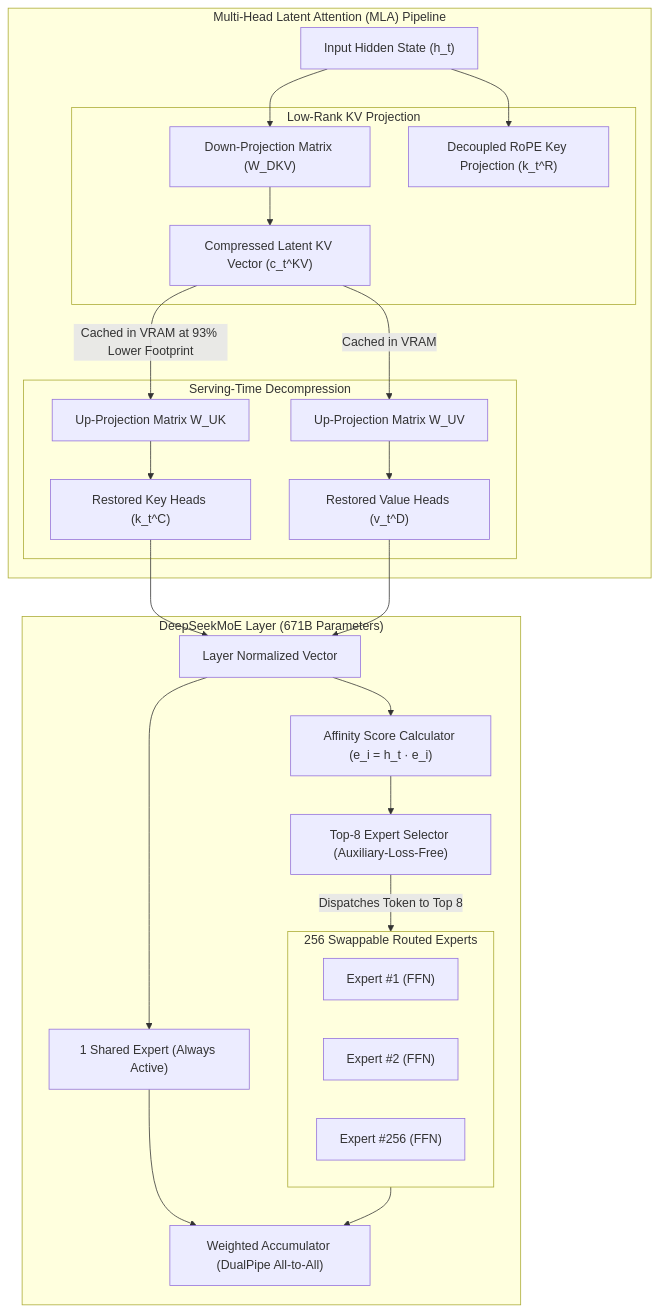
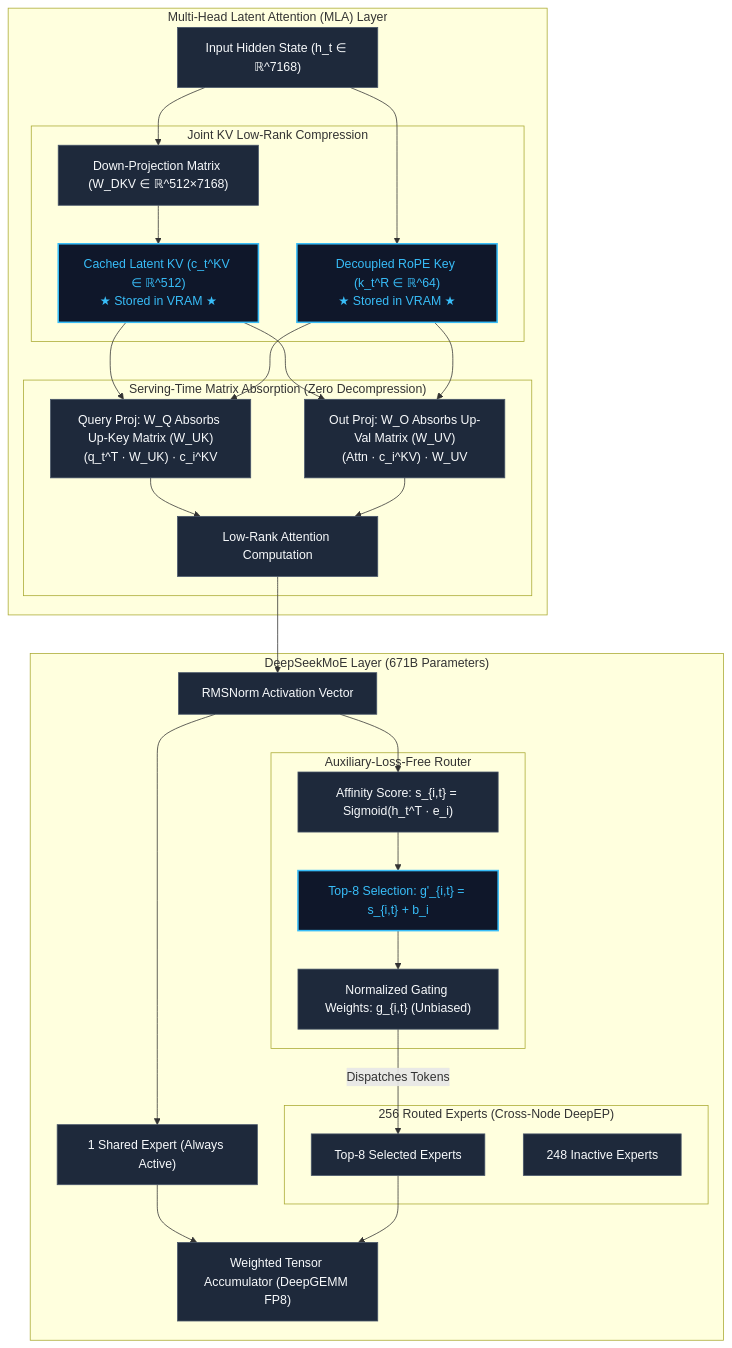
Before and after one commit to saurabh-vision/how-ai-companies-scale: the diagram in ai-architectures/deepseek-moe-mla-serving.md, drawn with Mermaid. The commit also changed other lines of this file and 13 other files, not shown here.

````diff
--- a/ai-architectures/deepseek-moe-mla-serving.md
+++ b/ai-architectures/deepseek-moe-mla-serving.md
@@ -25,51 +65,51 @@
 ```mermaid
 flowchart TD
-    subgraph AttentionBlock["Multi-Head Latent Attention (MLA) Pipeline"]
-        InputHidden["Input Hidden State (h_t)"]
+    subgraph AttentionLayer["Multi-Head Latent Attention (MLA) Layer"]
+        HiddenIn["Input Hidden State (h_t ∈ ℝ^7168)"]
         
-        subgraph CompressionDown["Low-Rank KV Projection"]
-            DownProj["Down-Projection Matrix (W_DKV)"]
-            CompressedLatent["Compressed Latent KV Vector (c_t^KV)"]
-            DecoupledRoPE["Decoupled RoPE Key Projection (k_t^R)"]
+        subgraph CompressionDown["Joint KV Low-Rank Compression"]
+            W_DKV["Down-Projection Matrix (W_DKV ∈ ℝ^512×7168)"]
+            CompressedLatent["Cached Latent KV (c_t^KV ∈ ℝ^512)\n★ Stored in VRAM ★"]
+            DecoupledRoPE["Decoupled RoPE Key (k_t^R ∈ ℝ^64)\n★ Stored in VRAM ★"]
         end
 
-        subgraph UpProjection["Serving-Time Decompression"]
-            UpProjKey["Up-Projection Matrix W_UK"]
-            UpProjVal["Up-Projection Matrix W_UV"]
-            FullKeys["Restored Key Heads (k_t^C)"]
-            FullValues["Restored Value Heads (v_t^D)"]
+        subgraph AbsorptionMath["Serving-Time Matrix Absorption (Zero Decompression)"]
+            Q_Proj["Query Proj: W_Q Absorbs Up-Key Matrix (W_UK)\n(q_t^T · W_UK) · c_i^KV"]
+            O_Proj["Out Proj: W_O Absorbs Up-Val Matrix (W_UV)\n(Attn · c_i^KV) · W_UV"]
+            AttnScore["Low-Rank Attention Computation"]
         end
     end
 
-    subgraph MoERouterBlock["DeepSeekMoE Layer (671B Parameters)"]
-        NormState["Layer Normalized Vector"]
-        Gating["Affinity Score Calculator (e_i = h_t · e_i)"]
-        Top8Router["Top-8 Expert Selector (Auxiliary-Loss-Free)"]
+    subgraph MoELayer["DeepSeekMoE Layer (671B Parameters)"]
+        LayerNorm["RMSNorm Activation Vector"]
         
-        SharedExpert["1 Shared Expert (Always Active)"]
-        subgraph ExpertPool["256 Swappable Routed Experts"]
-            E1["Expert #1 (FFN)"]
-            E2["Expert #2 (FFN)"]
-            E256["Expert #256 (FFN)"]
+        subgraph RouterEngine["Auxiliary-Loss-Free Router"]
+            AffinityScore["Affinity Score: s_{i,t} = Sigmoid(h_t^T · e_i)"]
+            BiasedTopK["Top-8 Selection: g'_{i,t} = s_{i,t} + b_i"]
+            GatingNorm["Normalized Gating Weights: g_{i,t} (Unbiased)"]
         end
-        Accumulator["Weighted Accumulator (DualPipe All-to-All)"]
+
+        SharedExp["1 Shared Expert (Always Active)"]
+        subgraph RoutedPool["256 Routed Experts (Cross-Node DeepEP)"]
+            E_active["Top-8 Selected Experts"]
+            E_idle["248 Inactive Experts"]
+        end
+
+        Accumulator["Weighted Tensor Accumulator (DeepGEMM FP8)"]
     end
 
-    InputHidden --> DownProj
-    DownProj --> CompressedLatent
-    InputHidden --> DecoupledRoPE
+    HiddenIn --> W_DKV --> CompressedLatent
+    HiddenIn --> DecoupledRoPE
+    CompressedLatent & DecoupledRoPE --> Q_Proj & O_Proj --> AttnScore
+    AttnScore --> LayerNorm
 
-    CompressedLatent -->|Cached in VRAM at 93% Lower Footprint| UpProjKey
-    CompressedLatent -->|Cached in VRAM| UpProjVal
-    UpProjKey --> FullKeys
-    UpProjVal --> FullValues
+    LayerNorm --> SharedExp
+    LayerNorm --> AffinityScore --> BiasedTopK --> GatingNorm
+    GatingNorm -->|Dispatches Tokens| E_active
+    SharedExp --> Accumulator
+    E_active --> Accumulator
 
-    FullKeys & FullValues --> NormState
-    NormState --> Gating
-    Gating --> Top8Router
-    NormState --> SharedExpert
-
-    Top8Router -->|Dispatches Token to Top 8| ExpertPool
-    SharedExpert --> Accumulator
-    ExpertPool --> Accumulator
+    classDef default fill:#1e293b,stroke:#475569,stroke-width:1px,color:#f8fafc;
+    classDef highlight fill:#0f172a,stroke:#38bdf8,stroke-width:2px,color:#38bdf8;
+    class CompressedLatent,DecoupledRoPE,BiasedTopK highlight;
 ```
````
